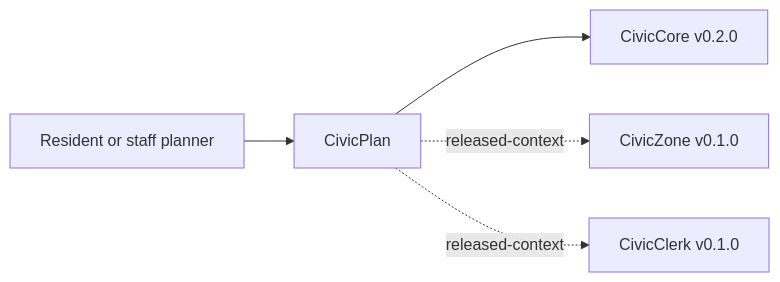
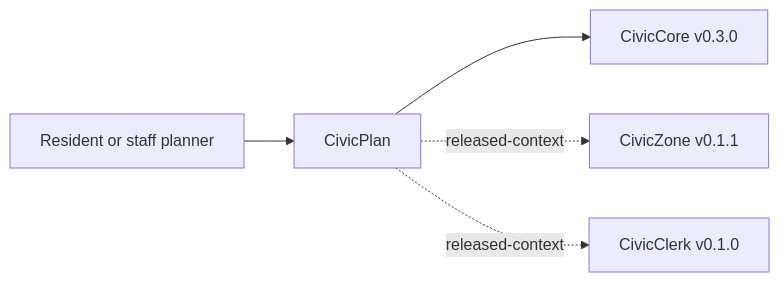
The diagram in USER-MANUAL.md (CivicSuite/civicplan), drawn with Mermaid before and after one commit. The commit also changed other lines of this file and 23 other files, not shown here.

Commit message:
chore: align CivicPlan with civiccore v0.3.0 (#2)

````diff
--- a/USER-MANUAL.md
+++ b/USER-MANUAL.md
@@ -31,7 +31,7 @@
 ```mermaid
 flowchart LR
   PublicUser["Resident or staff planner"] --> CivicPlan["CivicPlan"]
-  CivicPlan --> CivicCore["CivicCore v0.2.0"]
-  CivicPlan -. released-context .-> CivicZone["CivicZone v0.1.0"]
+  CivicPlan --> CivicCore["CivicCore v0.3.0"]
+  CivicPlan -. released-context .-> CivicZone["CivicZone v0.1.1"]
   CivicPlan -. released-context .-> CivicClerk["CivicClerk v0.1.0"]
 ```
````
